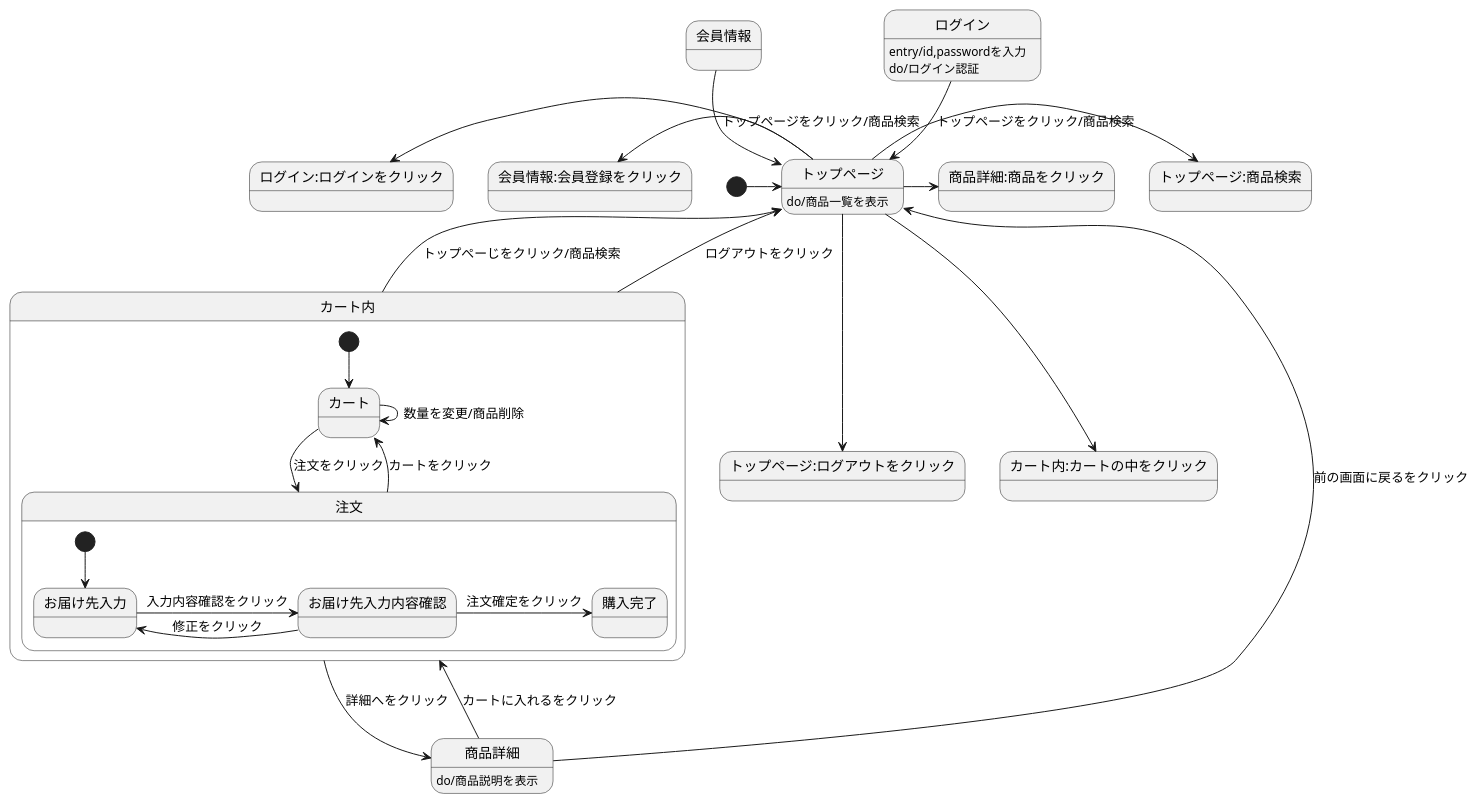
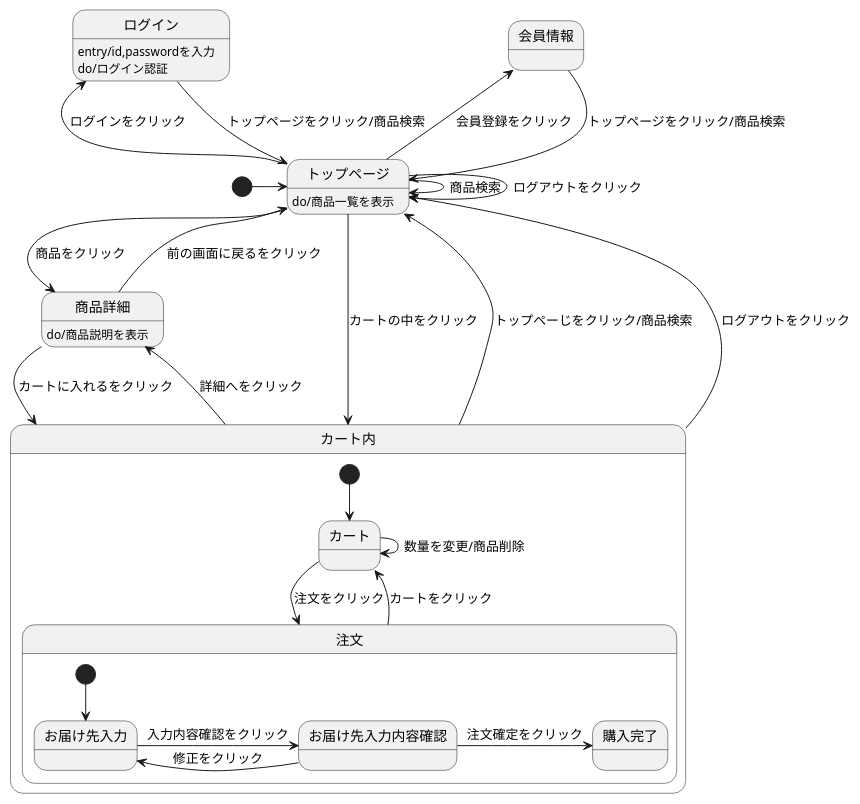
The diagram in gamenseni.md (aso2001362/2021sys-design), drawn with PlantUML before and after one commit.

````diff
--- a/gamenseni.md
+++ b/gamenseni.md
@@ -1,35 +1,35 @@
 ```uml
 @startuml
 [*] -> トップページ
-会員情報 --> トップページ:トップページをクリック/商品検索
-ログイン --> トップページ:トップページをクリック/商品検索
+会員情報 --> トップページ : トップページをクリック/商品検索
+ログイン --> トップページ : トップページをクリック/商品検索
 ログイン : entry/id,passwordを入力
 ログイン : do/ログイン認証
-トップページ --> トップページ:ログアウトをクリック
-トップページ -> トップページ:商品検索
-トップページ -> 商品詳細:商品をクリック
-トップページ -left-> 会員情報:会員登録をクリック
-トップページ -left-> ログイン:ログインをクリック
-トップページ --> カート内:カートの中をクリック
+トップページ --> トップページ : ログアウトをクリック
+トップページ -> トップページ : 商品検索
+トップページ -> 商品詳細 : 商品をクリック
+トップページ -left-> 会員情報 : 会員登録をクリック
+トップページ -left-> ログイン : ログインをクリック
+トップページ --> カート内 : カートの中をクリック
 トップページ : do/商品一覧を表示
 商品詳細 --> カート内 : カートに入れるをクリック
 商品詳細 --> トップページ : 前の画面に戻るをクリック
 商品詳細 : do/商品説明を表示
 カート内 -up-> トップページ : トップぺーじをクリック/商品検索
 カート内 -up-> トップページ : ログアウトをクリック
 カート内 ->商品詳細 : 詳細へをクリック
   
 state カート内{
  [*] -->カート
- カート -> 注文 :注文をクリック
- カート -> カート :数量を変更/商品削除
- 注文 --> カート :カートをクリック
+ カート -> 注文 : 注文をクリック
+ カート -> カート : 数量を変更/商品削除
+ 注文 --> カート : カートをクリック
  state 注文{
   [*] --> お届け先入力
   お届け先入力 -> お届け先入力内容確認 : 入力内容確認をクリック
   お届け先入力内容確認 -> お届け先入力 : 修正をクリック
   お届け先入力内容確認 -> 購入完了 : 注文確定をクリック
   }
  }
 @enduml
 ```
````
